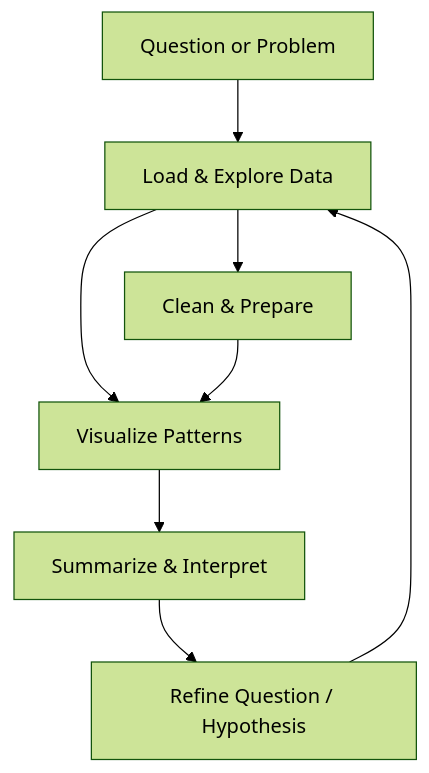
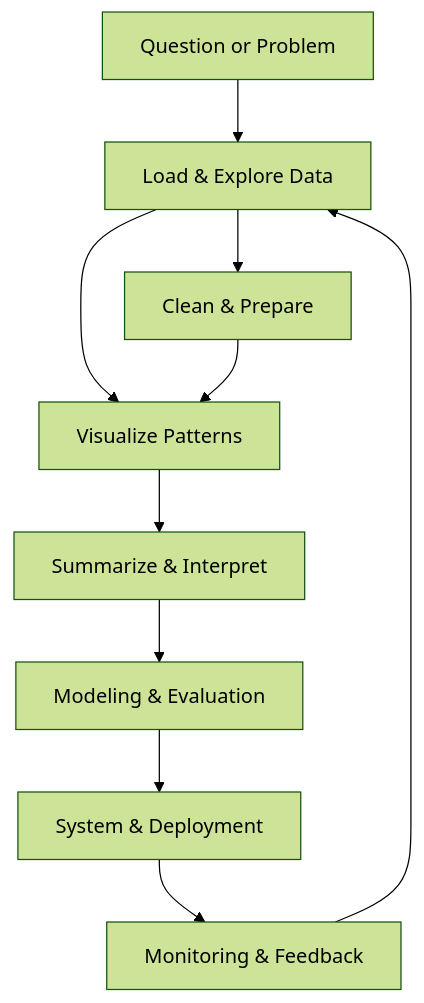
One commit to tmbuza/data-science changed the diagram in 00-preface.qmd. Above: the diagram before and after it, drawn with Mermaid (forest theme). The commit also changed other lines of this file and 6 other files, not shown here.

````diff
--- a/00-preface.qmd
+++ b/00-preface.qmd
@@ -99,13 +108,16 @@
 ```{mermaid}
 flowchart TB
   A[Question or Problem] --> B[Load & Explore Data]
 
   B --> C[Clean & Prepare]
   B --> D[Visualize Patterns]
 
   C --> D
   D --> E[Summarize & Interpret]
 
-  E --> F[Refine Question / Hypothesis]
-  F --> B
+  E --> F[Modeling & Evaluation]
+  F --> G[System & Deployment]
+
+  G --> H[Monitoring & Feedback]
+  H --> B
 ```
````
